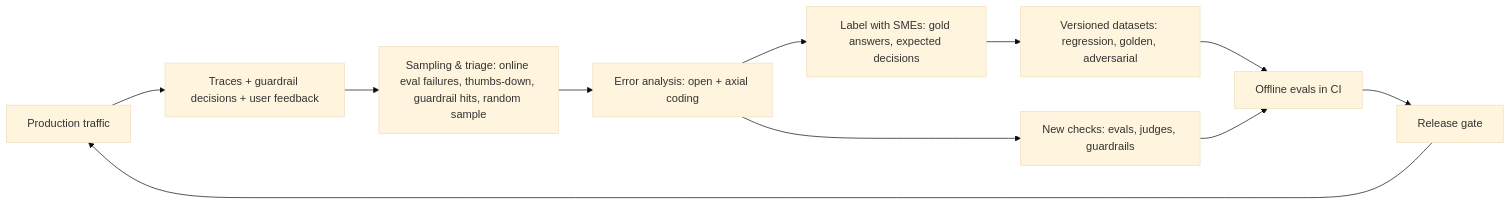
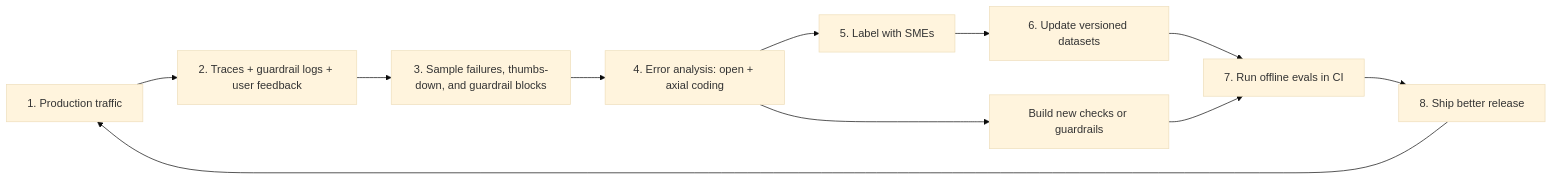
Before and after one commit to Sarangk90/awesome-agent-evals-and-guardrails: the fourth of 4 diagrams in research/00-foundations/02-the-evals-and-guardrails-map.md, drawn with Mermaid (base theme). The commit also changed other lines of this file and 5 other files, not shown here.

````diff
--- a/research/00-foundations/02-the-evals-and-guardrails-map.md
+++ b/research/00-foundations/02-the-evals-and-guardrails-map.md
@@ -323,13 +321,13 @@
 ```mermaid
 flowchart LR
-    P["Production traffic"] --> T["Traces + guardrail decisions + user feedback"]
-    T --> S["Sampling & triage: online eval failures, thumbs-down, guardrail hits, random sample"]
-    S --> EA["Error analysis: open + axial coding"]
-    EA --> L["Label with SMEs: gold answers, expected decisions"]
-    L --> D["Versioned datasets: regression, golden, adversarial"]
-    D --> OE["Offline evals in CI"]
-    EA --> NE["New checks: evals, judges, guardrails"]
+    P["1. Production traffic"] --> T["2. Traces + guardrail logs + user feedback"]
+    T --> S["3. Sample failures, thumbs-down, and guardrail blocks"]
+    S --> EA["4. Error analysis: open + axial coding"]
+    EA --> L["5. Label with SMEs"]
+    L --> D["6. Update versioned datasets"]
+    D --> OE["7. Run offline evals in CI"]
+    EA --> NE["Build new checks or guardrails"]
     NE --> OE
-    OE --> REL["Release gate"]
+    OE --> REL["8. Ship better release"]
     REL --> P
 ```
````
